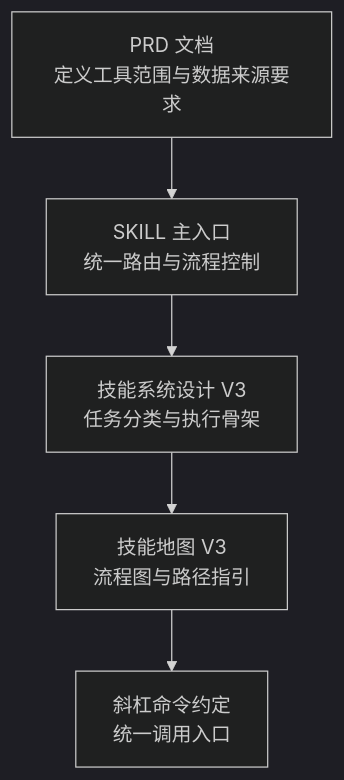
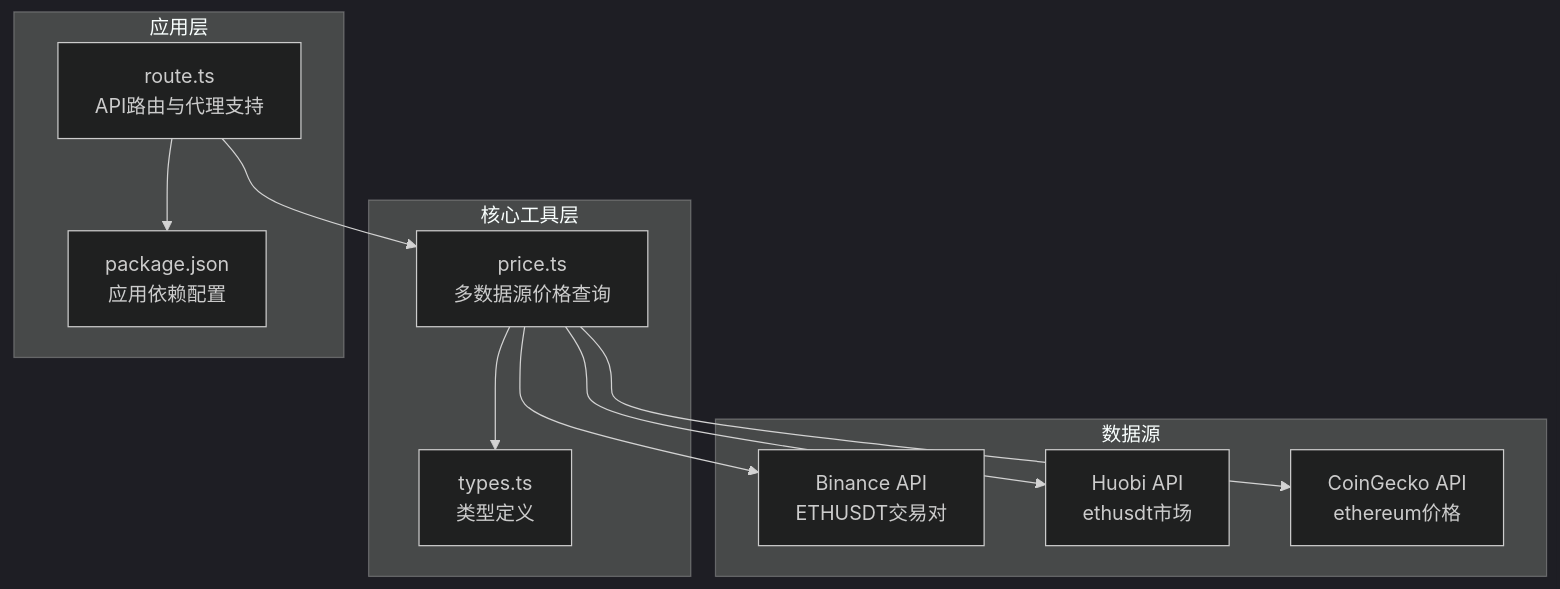
The first of 4 diagrams in .qoder/repowiki/zh/content/Web3工具集成/核心Web3工具实现/ETH价格查询工具.md (CryptoLinxu/Web3-AI-Agent), drawn with Mermaid (dark theme) before and after one commit. The commit also changed other lines of this file and 6 other files, not shown here.

````diff
--- a/.qoder/repowiki/zh/content/Web3工具集成/核心Web3工具实现/ETH价格查询工具.md
+++ b/.qoder/repowiki/zh/content/Web3工具集成/核心Web3工具实现/ETH价格查询工具.md
@@ -40,7 +51,22 @@
 ```mermaid
 graph TB
-PRD["PRD 文档<br/>定义工具范围与数据来源要求"] --> SKILL["SKILL 主入口<br/>统一路由与流程控制"]
-SKILL --> SYS["技能系统设计 V3<br/>任务分类与执行骨架"]
-SYS --> MAP["技能地图 V3<br/>流程图与路径指引"]
-MAP --> CMDS["斜杠命令约定<br/>统一调用入口"]
+subgraph "核心工具层"
+PT["price.ts<br/>多数据源价格查询"]
+TT["types.ts<br/>类型定义"]
+end
+subgraph "应用层"
+RT["route.ts<br/>API路由与代理支持"]
+PKG["package.json<br/>应用依赖配置"]
+end
+subgraph "数据源"
+BIN["Binance API<br/>ETHUSDT交易对"]
+HUB["Huobi API<br/>ethusdt市场"]
+CG["CoinGecko API<br/>ethereum价格"]
+end
+PT --> TT
+RT --> PT
+RT --> PKG
+PT --> BIN
+PT --> HUB
+PT --> CG
 ```
````
